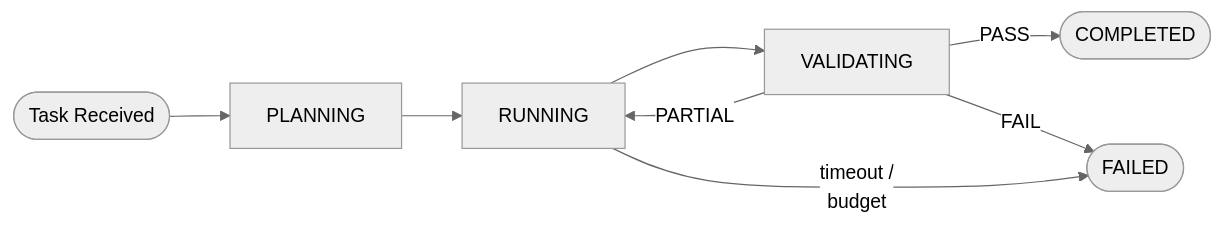
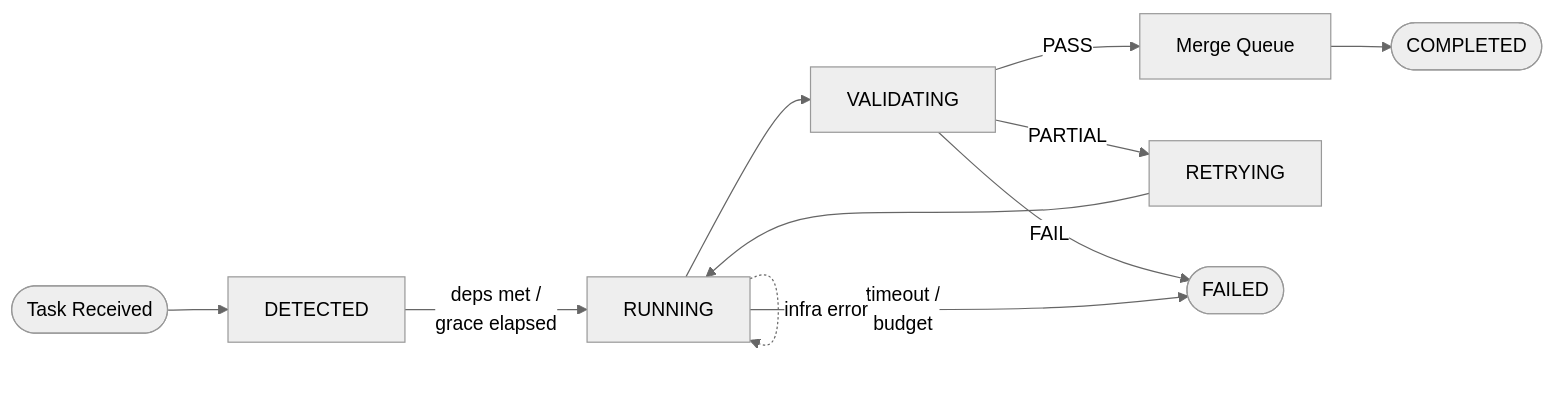
The second of 4 diagrams in README.md (itsmeboris/Golem), drawn with Mermaid (neutral theme) before and after one commit. The commit also changed other lines of this file, not shown here.

First line of the commit message:
Update README diagrams to reflect current architecture

````diff
--- a/README.md
+++ b/README.md
@@ -145,10 +149,13 @@
 ```mermaid
 flowchart LR
-    A(["Task Received"]) --> B["PLANNING"]
-    B --> C["RUNNING"]
+    A(["Task Received"]) --> B["DETECTED"]
+    B -- "deps met /<br/>grace elapsed" --> C["RUNNING"]
     C --> D["VALIDATING"]
-    D -- PASS --> E(["COMPLETED"])
-    D -- PARTIAL --> C
+    D -- PASS --> MQ["Merge Queue"]
+    MQ --> E(["COMPLETED"])
+    D -- PARTIAL --> R["RETRYING"]
+    R --> C
     D -- FAIL --> F(["FAILED"])
     C -- "timeout /<br/>budget" --> F
+    C -. "infra error" .-> C
 ```
````
